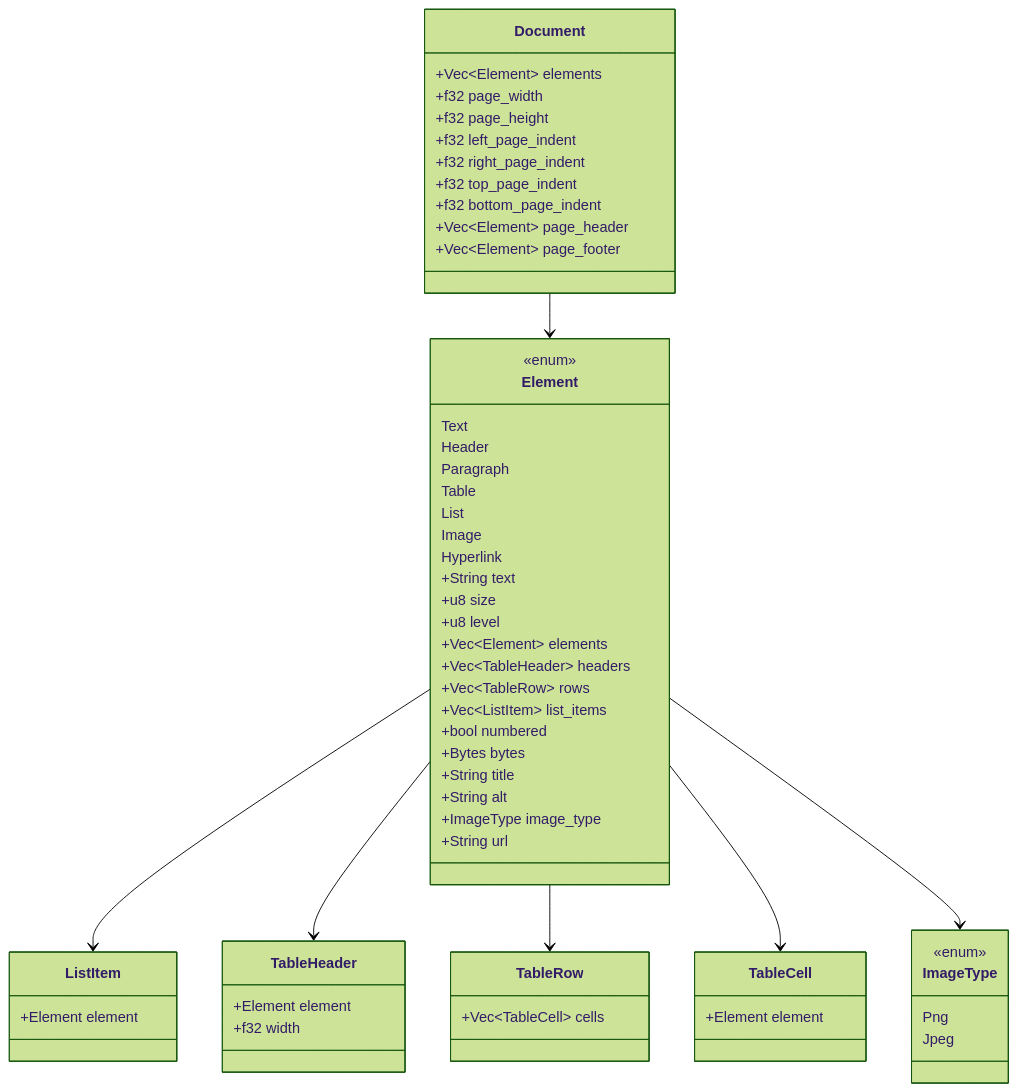
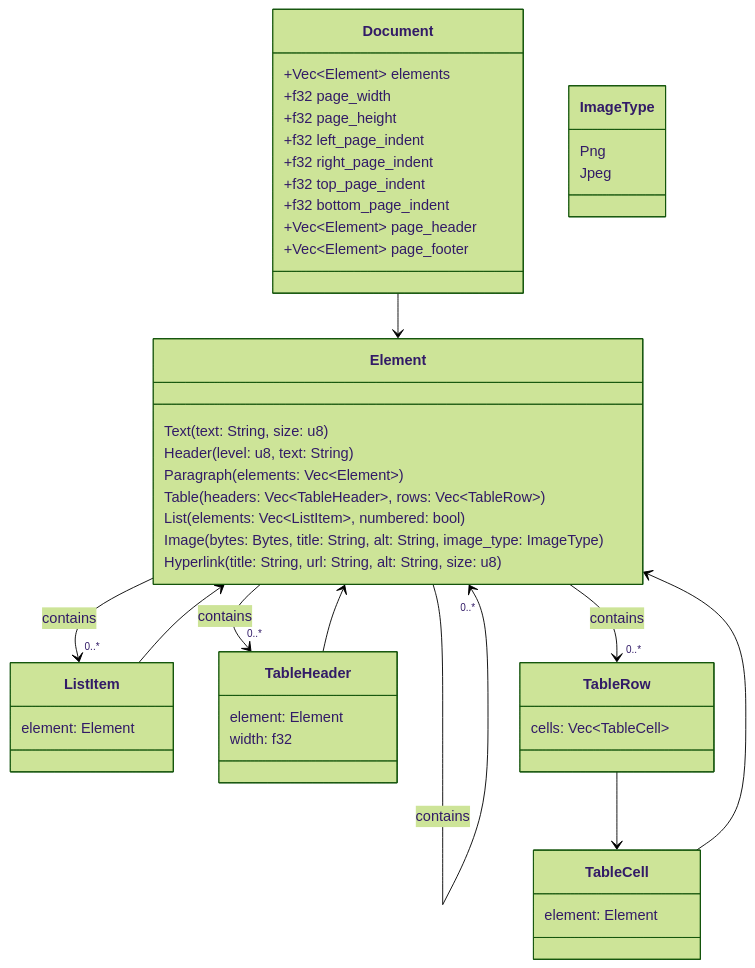
The diagram in CDM.md (igumnoff/shiva), drawn with Mermaid (forest theme) before and after one commit.

````diff
--- a/CDM.md
+++ b/CDM.md
@@ -3,70 +3,56 @@
 ```mermaid
 classDiagram
     class Document {
         +Vec~Element~ elements
         +f32 page_width
         +f32 page_height
         +f32 left_page_indent
         +f32 right_page_indent
         +f32 top_page_indent
         +f32 bottom_page_indent
         +Vec~Element~ page_header
         +Vec~Element~ page_footer
     }
-
     class Element {
-        <<enum>>
-        Text
-        Header
-        Paragraph
-        Table
-        List
-        Image
-        Hyperlink
+      Text(text: String, size: u8)
+      Header(level: u8, text: String)
+      Paragraph(elements: Vec~Element~)
+      Table(headers: Vec~TableHeader~, rows: Vec~TableRow~)
+      List(elements: Vec~ListItem~, numbered: bool)
+      Image(bytes: Bytes, title: String, alt: String, image_type: ImageType)
+      Hyperlink(title: String, url: String, alt: String, size: u8)
     }
-
-    Element : +String text
-    Element : +u8 size
-    Element : +u8 level
-    Element : +Vec~Element~ elements
-    Element : +Vec~TableHeader~ headers
-    Element : +Vec~TableRow~ rows
-    Element : +Vec~ListItem~ list_items
-    Element : +bool numbered
-    Element : +Bytes bytes
-    Element : +String title
-    Element : +String alt
-    Element : +ImageType image_type
-    Element : +String url
-
+    
     class ListItem {
-        +Element element
+      element: Element
     }
-
+    
     class TableHeader {
-        +Element element
-        +f32 width
+      element: Element
+      width: f32
     }
-
+    
     class TableRow {
-        +Vec~TableCell~ cells
+      cells: Vec~TableCell~
     }
-
+    
     class TableCell {
-        +Element element
+      element: Element
     }
-
+    
     class ImageType {
-        <<enum>>
-        Png
-        Jpeg
+      Png
+      Jpeg
     }
-
+    
+    ListItem --> Element
+    TableHeader --> Element
+    TableRow --> TableCell
+    TableCell --> Element
+    Element --> "0..*" Element : contains
+    Element --> "0..*" TableHeader : contains
+    Element --> "0..*" TableRow : contains
+    Element --> "0..*" ListItem : contains
     Document --> Element
-    Element --> ListItem
-    Element --> TableHeader
-    Element --> TableRow
-    Element --> TableCell
-    Element --> ImageType
 
 ```
````
